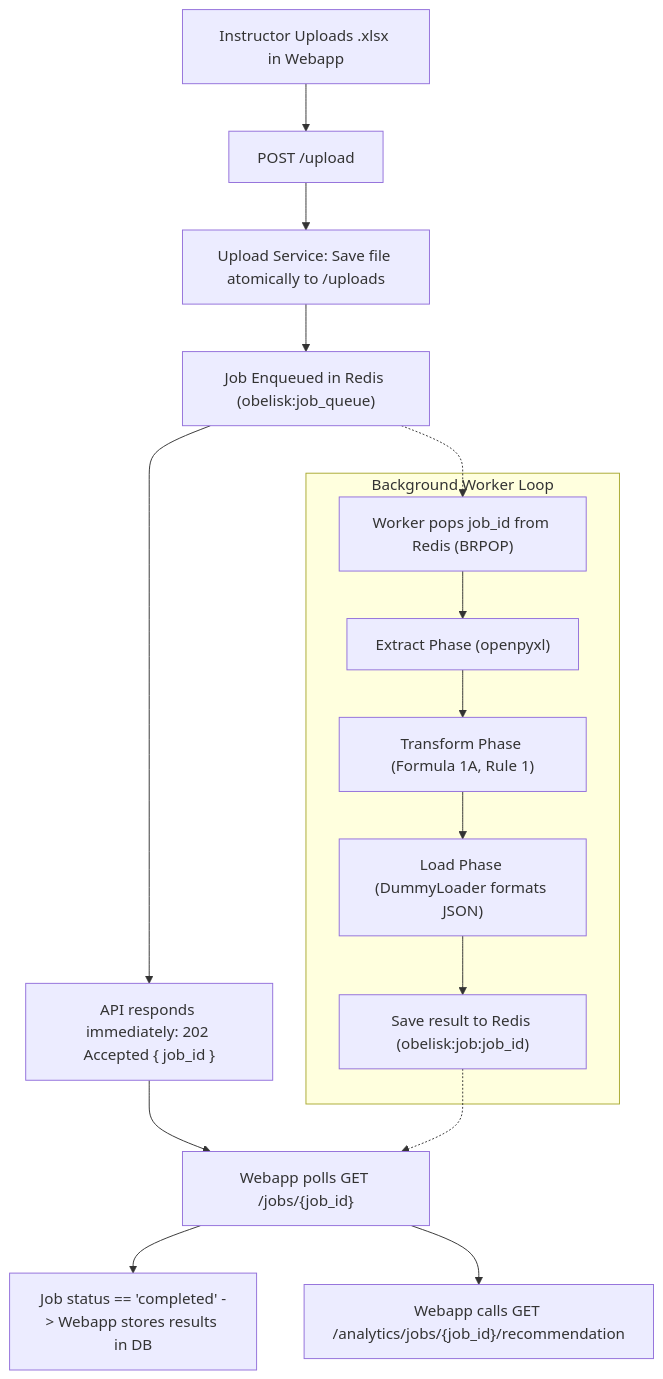
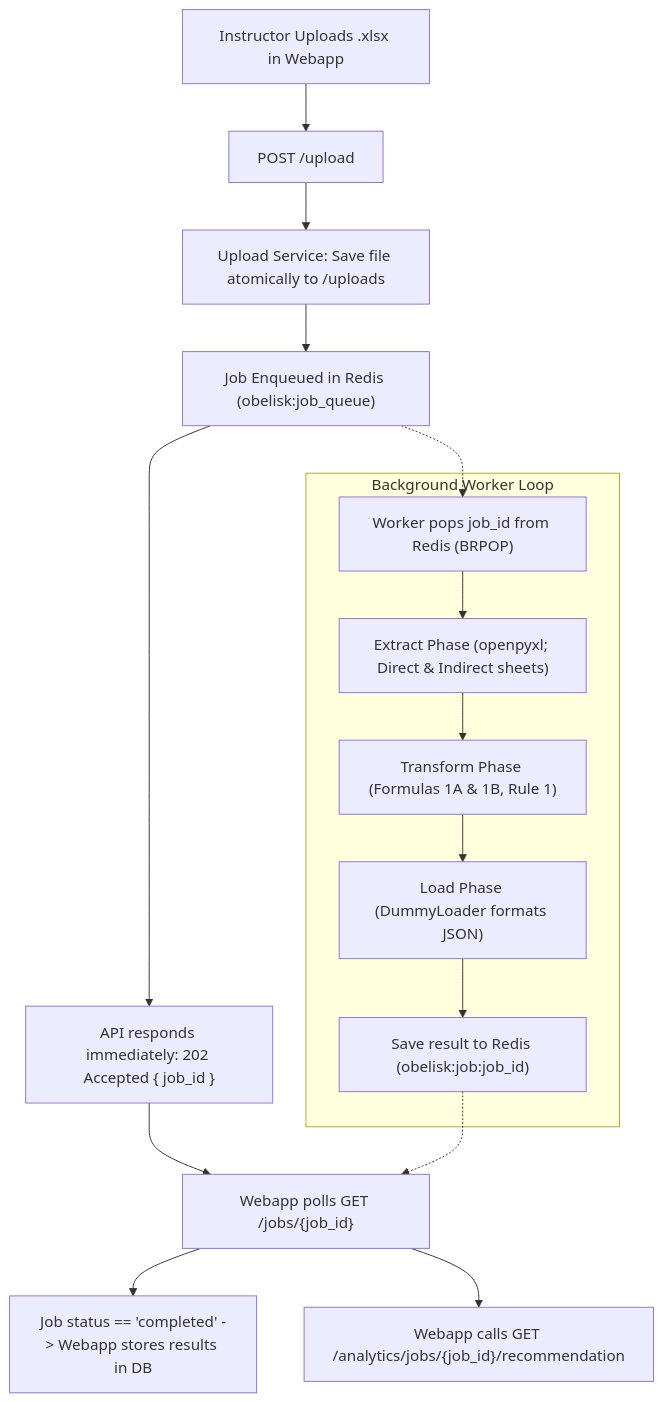
One commit to Zerodayu/Obelisk changed the first of 2 diagrams in python-server/documentations/SYSTEM_PROCESS_EXPLAINED.md. Above: the diagram before and after it, drawn with Mermaid. The commit also changed other lines of this file and 12 other files, not shown here.

````diff
--- a/python-server/documentations/SYSTEM_PROCESS_EXPLAINED.md
+++ b/python-server/documentations/SYSTEM_PROCESS_EXPLAINED.md
@@ -80,21 +84,21 @@
 ```mermaid
 flowchart TD
     A["Instructor Uploads .xlsx in Webapp"] --> B["POST /upload"]
     B --> C["Upload Service: Save file atomically to /uploads"]
     C --> D["Job Enqueued in Redis (obelisk:job_queue)"]
     D --> E["API responds immediately: 202 Accepted { job_id }"]
     
     subgraph Background Worker Loop
         F["Worker pops job_id from Redis (BRPOP)"]
-        F --> G["Extract Phase (openpyxl)"]
-        G --> H["Transform Phase (Formula 1A, Rule 1)"]
+        F --> G["Extract Phase (openpyxl; Direct & Indirect sheets)"]
+        G --> H["Transform Phase (Formulas 1A & 1B, Rule 1)"]
         H --> I["Load Phase (DummyLoader formats JSON)"]
         I --> J["Save result to Redis (obelisk:job:job_id)"]
     end
     
     D -.-> F
     E --> K["Webapp polls GET /jobs/{job_id}"]
     J -.-> K
     K --> L["Job status == 'completed' -> Webapp stores results in DB"]
     K --> M["Webapp calls GET /analytics/jobs/{job_id}/recommendation"]
 ```
````
